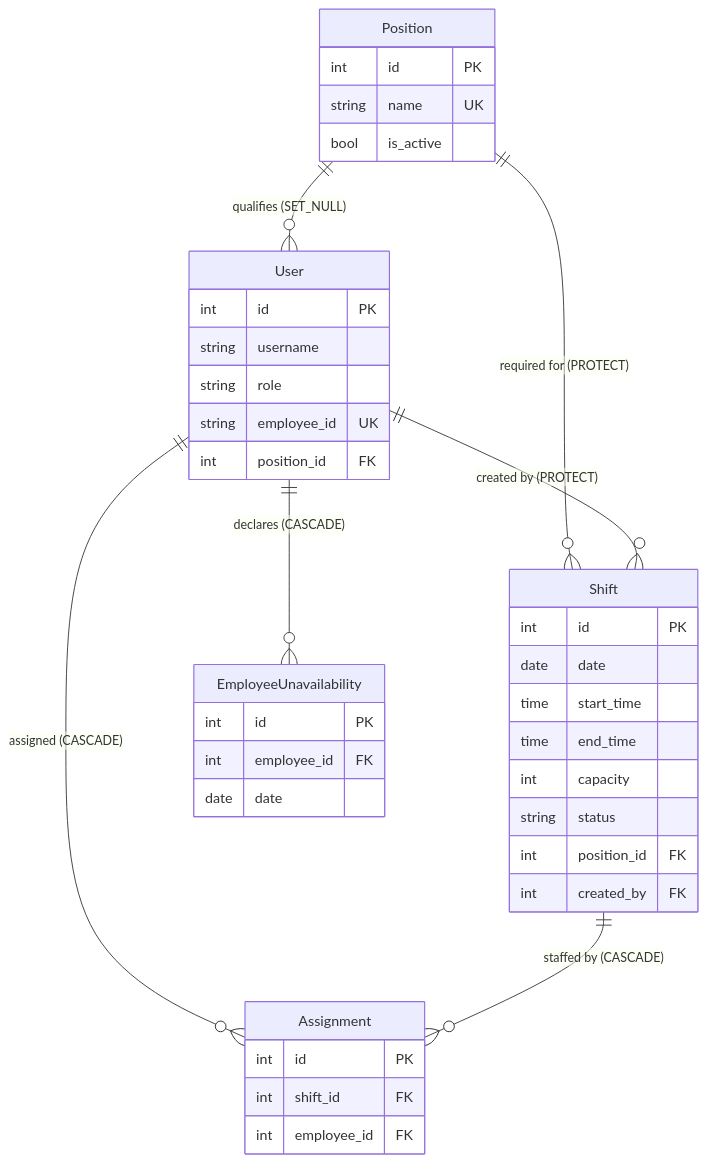
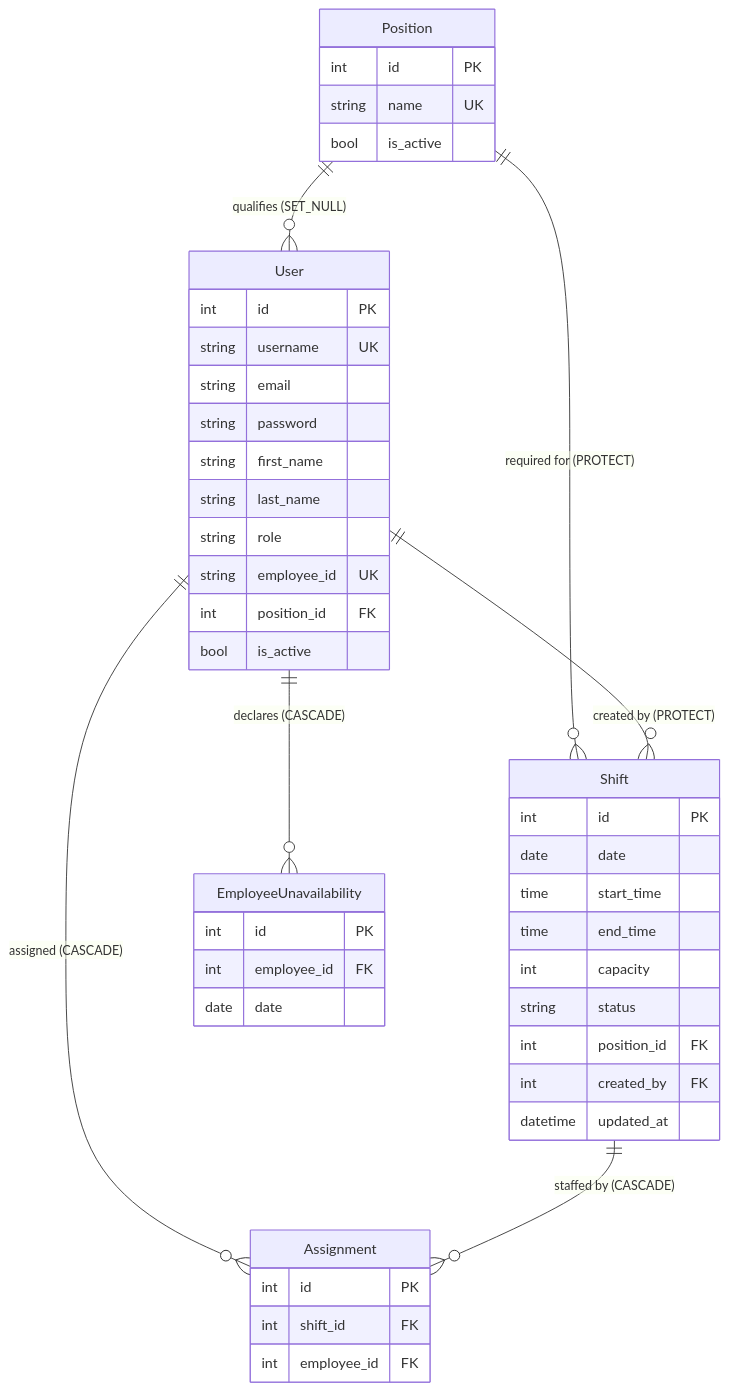
One commit to DT-sudo/ft_transcendece changed the diagram in README.md. Above: the diagram before and after it, drawn with Mermaid. The commit also changed other lines of this file and 1 other file, not shown here.

````diff
--- a/README.md
+++ b/README.md
@@ -134,42 +271,48 @@
 ```mermaid
 erDiagram
     Position ||--o{ User : "qualifies (SET_NULL)"
     Position ||--o{ Shift : "required for (PROTECT)"
     User ||--o{ Shift : "created by (PROTECT)"
     User ||--o{ Assignment : "assigned (CASCADE)"
     Shift ||--o{ Assignment : "staffed by (CASCADE)"
     User ||--o{ EmployeeUnavailability : "declares (CASCADE)"
 
     Position {
         int id PK
         string name UK
         bool is_active
     }
     User {
         int id PK
-        string username
+        string username UK
+        string email
+        string password
+        string first_name
+        string last_name
         string role
         string employee_id UK
         int position_id FK
+        bool is_active
     }
     Shift {
         int id PK
         date date
         time start_time
         time end_time
         int capacity
         string status
         int position_id FK
         int created_by FK
+        datetime updated_at
     }
     Assignment {
         int id PK
         int shift_id FK
         int employee_id FK
     }
     EmployeeUnavailability {
         int id PK
         int employee_id FK
         date date
     }
 ```
````
